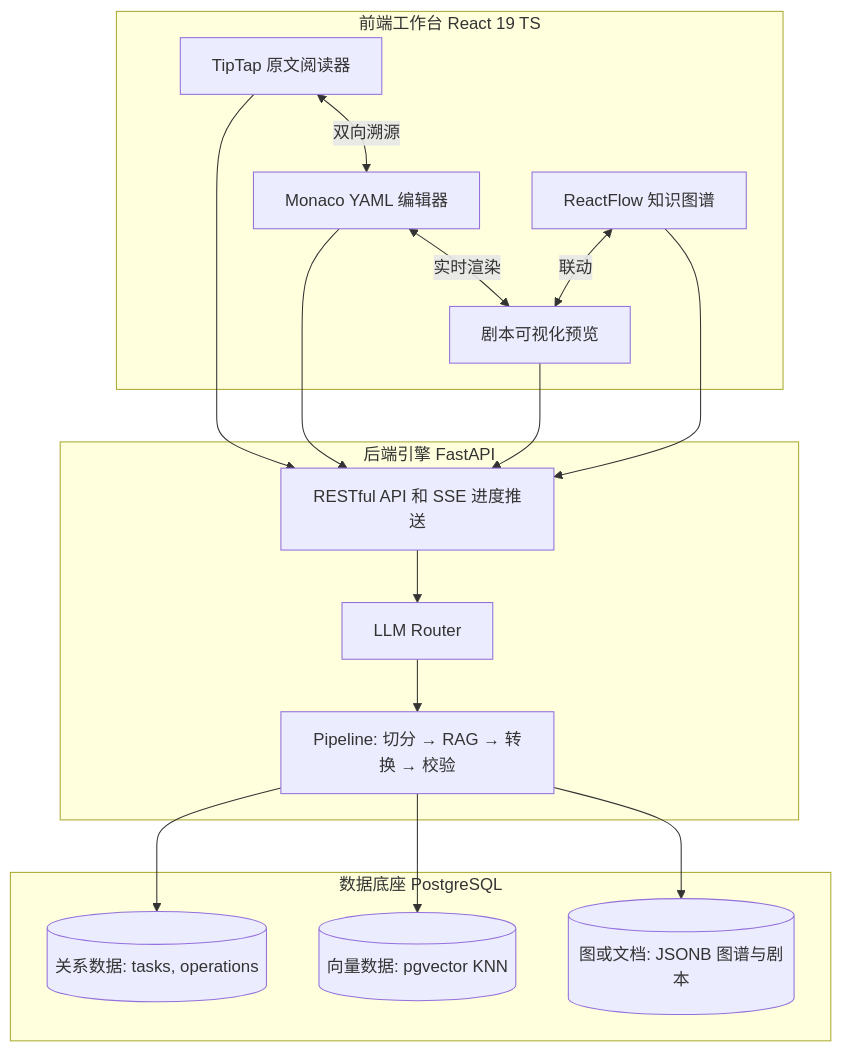
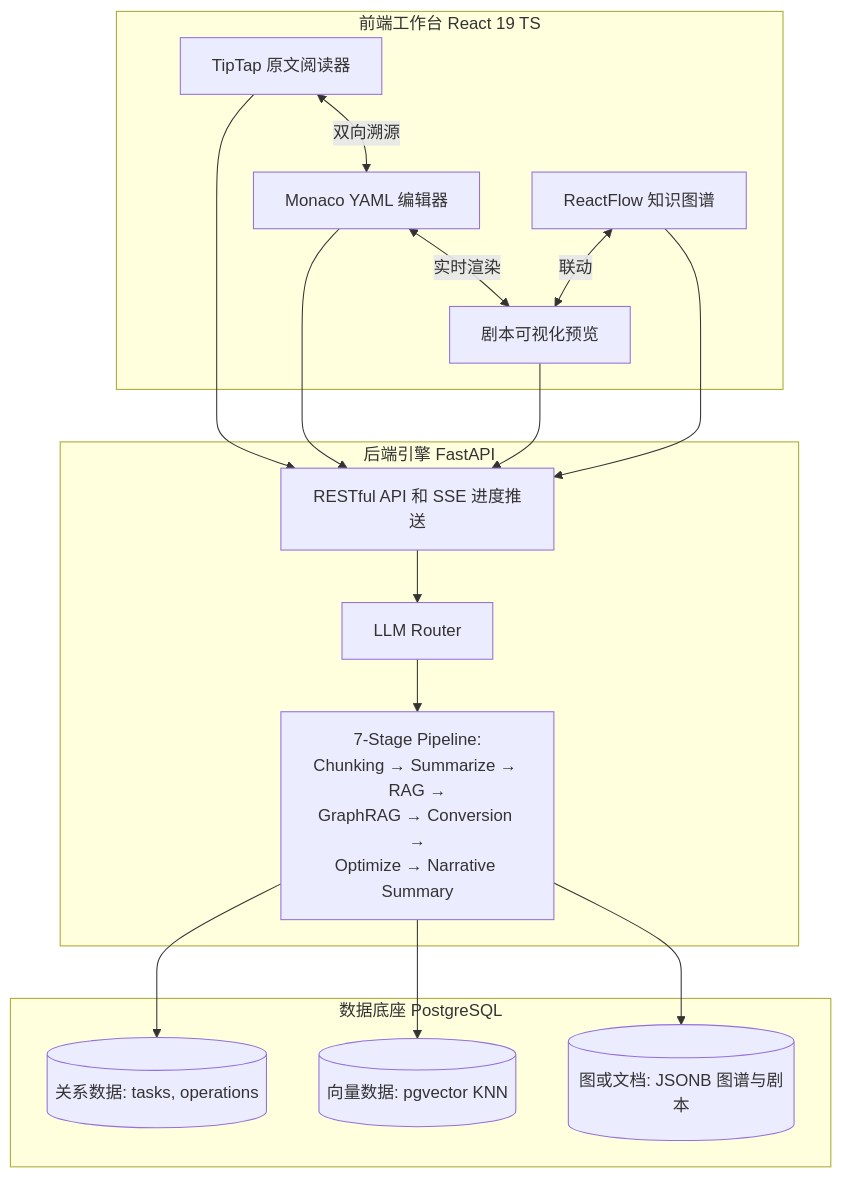
One commit to Dinosaur-MC/NovelScript changed the diagram in README.md. Above: the diagram before and after it, drawn with Mermaid. The commit also changed other lines of this file and 4 other files, not shown here.

````diff
--- a/README.md
+++ b/README.md
@@ -61,35 +62,35 @@
 ```mermaid
 graph TD
     subgraph 前端工作台 React 19 TS
         A[TipTap 原文阅读器]
         B[Monaco YAML 编辑器]
         C[剧本可视化预览]
         D[ReactFlow 知识图谱]
 
         A <-->|双向溯源| B
         B <-->|实时渲染| C
         D <-->|联动| C
     end
 
     subgraph 后端引擎 FastAPI
         E[RESTful API 和 SSE 进度推送]
         F[LLM Router]
-        G[Pipeline: 切分 → RAG → 转换 → 校验]
+        G[7-Stage Pipeline:<br/>Chunking → Summarize → RAG →<br/>GraphRAG → Conversion →<br/>Optimize → Narrative Summary]
     end
 
     subgraph 数据底座 PostgreSQL
         H[(关系数据: tasks, operations)]
         I[(向量数据: pgvector KNN)]
         J[(图或文档: JSONB 图谱与剧本)]
     end
 
     A --> E
     B --> E
     C --> E
     D --> E
     E --> F
     F --> G
     G --> H
     G --> I
     G --> J
 ```
````
